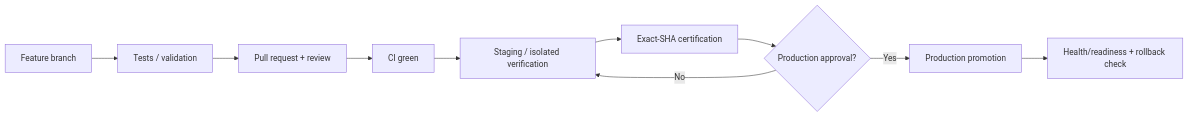
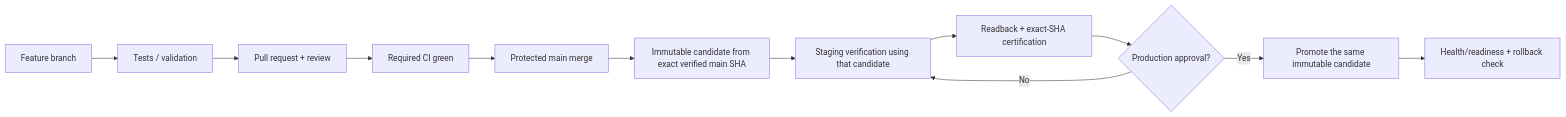
Before and after one commit to appolon1908/Odoo: the fourth of 5 diagrams in docs/ARCHITECTURE-CHARTS.md, drawn with Mermaid. The commit also changed other lines of this file, not shown here.

Commit message:
docs: align architecture charts with repository authority

````diff
--- a/docs/ARCHITECTURE-CHARTS.md
+++ b/docs/ARCHITECTURE-CHARTS.md
@@ -47,12 +47,14 @@
 ```mermaid
 flowchart LR
  F["Feature branch"] --> T["Tests / validation"]
  T --> PR["Pull request + review"]
- PR --> CI["CI green"]
- CI --> ST["Staging / isolated verification"]
- ST --> EX["Exact-SHA certification"]
+ PR --> CI["Required CI green"]
+ CI --> MAIN["Protected main merge"]
+ MAIN --> CAND["Immutable candidate from exact verified main SHA"]
+ CAND --> ST["Staging verification using that candidate"]
+ ST --> EX["Readback + exact-SHA certification"]
  EX --> G{"Production approval?"}
  G -- No --> ST
- G -- Yes --> P["Production promotion"]
+ G -- Yes --> P["Promote the same immutable candidate"]
  P --> H["Health/readiness + rollback check"]
 ```
````
